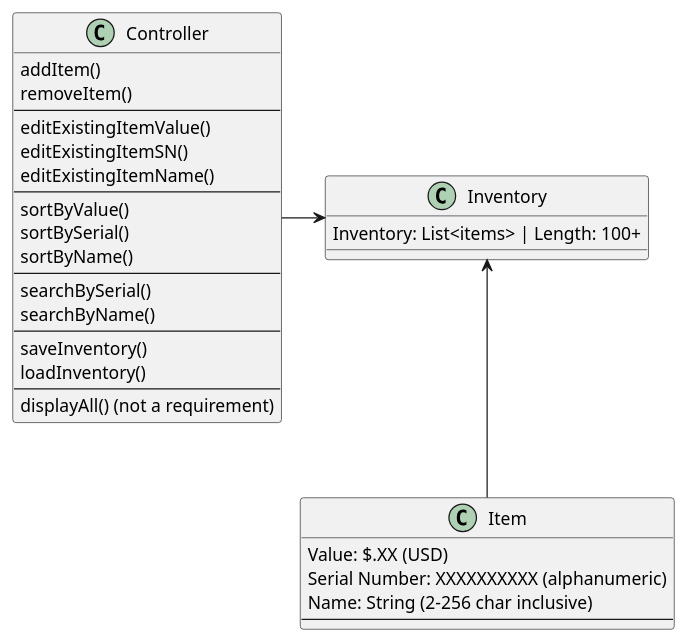
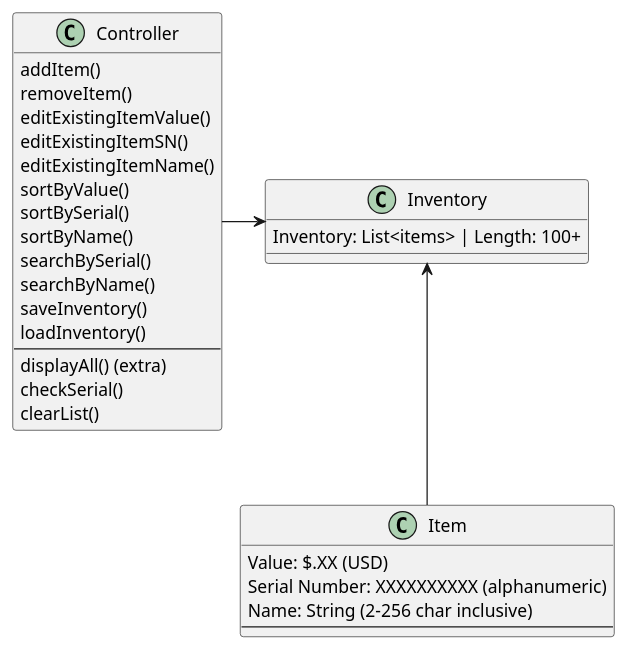
The diagram in uml/classdiagram.puml (apatheticzekrom/Giang-cop3330-assignment5), drawn with PlantUML before and after one commit. The commit also changed 7 other files, not shown here.

```diff
--- a/uml/classdiagram.puml
+++ b/uml/classdiagram.puml
@@ -1,39 +1,37 @@
 @startuml
 'https://plantuml.com/class-diagram
 
 class Inventory {
 Inventory: List<items> | Length: 100+
 }
 
 class Item {
 Value: $.XX (USD)
 Serial Number: XXXXXXXXXX (alphanumeric)
 Name: String (2-256 char inclusive)
 ----
 }
 
 class Controller {
 addItem()
 removeItem()
---
 editExistingItemValue()
 editExistingItemSN()
 editExistingItemName()
---
 sortByValue()
 sortBySerial()
 sortByName()
---
 searchBySerial()
 searchByName()
---
 saveInventory()
 loadInventory()
 --
-displayAll() (not a requirement)
+displayAll() (extra)
+checkSerial()
+clearList()
 }
 
 Controller -> Inventory
 Inventory <-- Item
 
 @enduml
```
